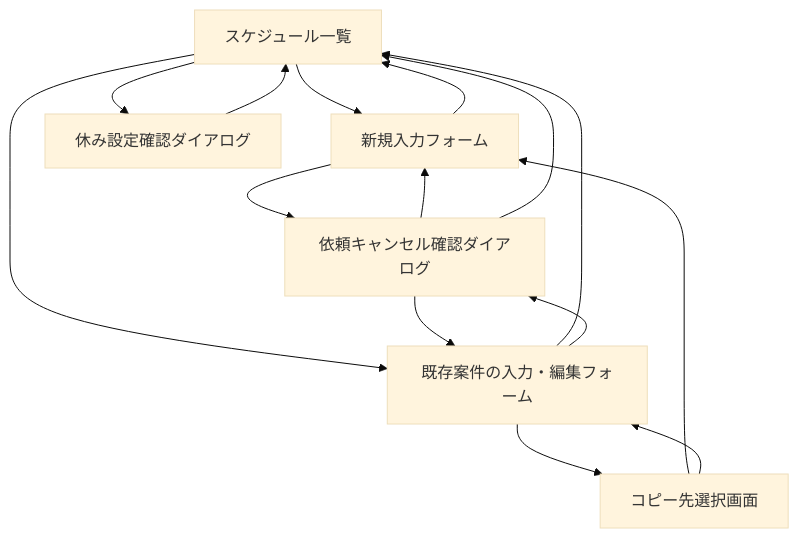
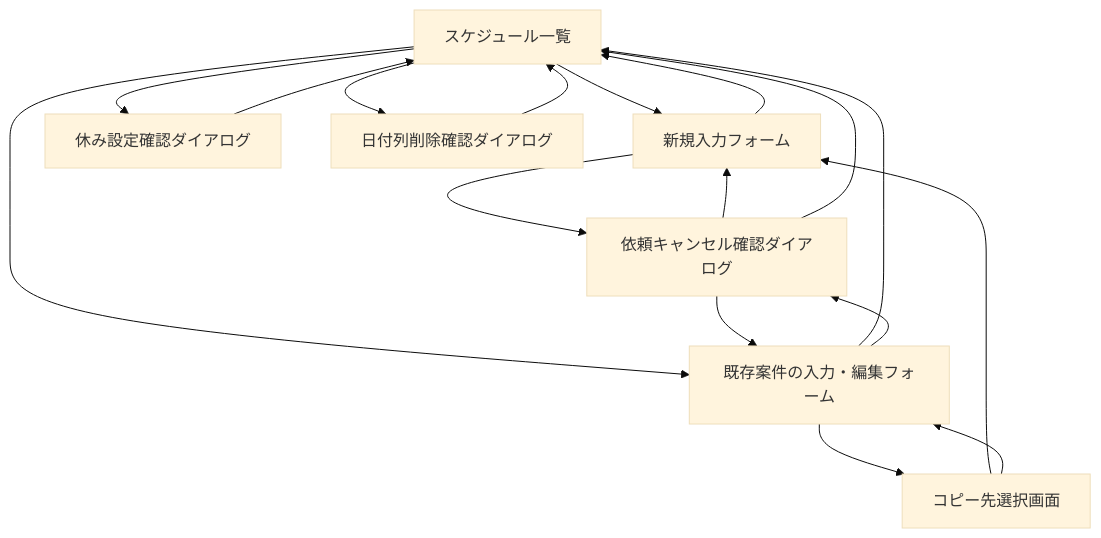
One commit to yuya-dev-dev/schedule-system changed the diagram in docs/screen-list.md. Above: the diagram before and after it, drawn with Mermaid (base theme). The commit also changed other lines of this file and 6 other files, not shown here.

````diff
--- a/docs/screen-list.md
+++ b/docs/screen-list.md
@@ -177,17 +195,19 @@
 ```mermaid
 flowchart TD
     A["スケジュール一覧"] --> B["新規入力フォーム"]
     A --> C["既存案件の入力・編集フォーム"]
     B --> A
     C --> A
     C --> E["コピー先選択画面"]
     E --> B
     E --> C
     A --> F["休み設定確認ダイアログ"]
     F --> A
+    A --> G["日付列削除確認ダイアログ"]
+    G --> A
     B --> D["依頼キャンセル確認ダイアログ"]
     C --> D
     D --> B
     D --> C
     D --> A
 ```
````
